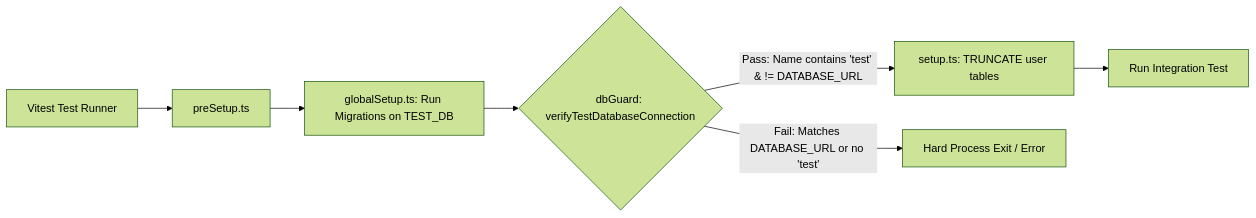
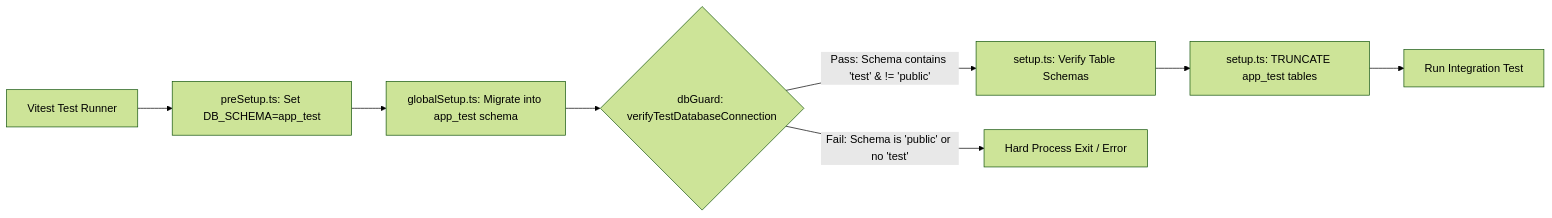
Before and after one commit to Samarth58/App-Factory-starter-kit-: the fourth of 4 diagrams in ARCHITECTURE.md, drawn with Mermaid (forest theme). The commit also changed 11 other files, not shown here.

Commit message:
feat: simplify database configuration to single DATABASE_URL with isolated test schema

````diff
--- a/ARCHITECTURE.md
+++ b/ARCHITECTURE.md
@@ -155,11 +155,12 @@
 ```mermaid
 graph LR
-    Vitest[Vitest Test Runner] --> preSetup[preSetup.ts]
-    preSetup --> globalSetup[globalSetup.ts: Run Migrations on TEST_DB]
+    Vitest[Vitest Test Runner] --> preSetup[preSetup.ts: Set DB_SCHEMA=app_test]
+    preSetup --> globalSetup[globalSetup.ts: Migrate into app_test schema]
     globalSetup --> dbGuard{dbGuard: verifyTestDatabaseConnection}
     
-    dbGuard -->|Pass: Name contains 'test' & != DATABASE_URL| Truncate[setup.ts: TRUNCATE user tables]
-    dbGuard -->|Fail: Matches DATABASE_URL or no 'test'| Abort[Hard Process Exit / Error]
+    dbGuard -->|Pass: Schema contains 'test' & != 'public'| VerifyTables[setup.ts: Verify Table Schemas]
+    dbGuard -->|Fail: Schema is 'public' or no 'test'| Abort[Hard Process Exit / Error]
     
+    VerifyTables --> Truncate[setup.ts: TRUNCATE app_test tables]
     Truncate --> RunTest[Run Integration Test]
 ```
````
